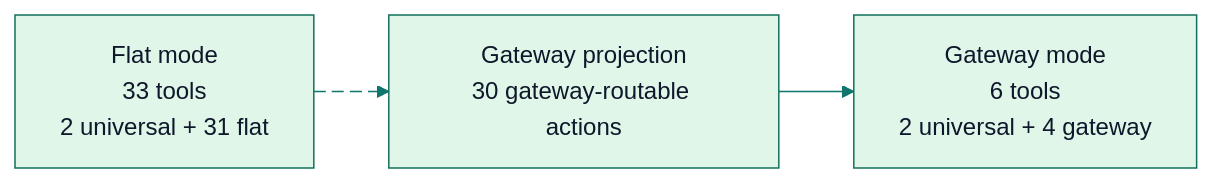
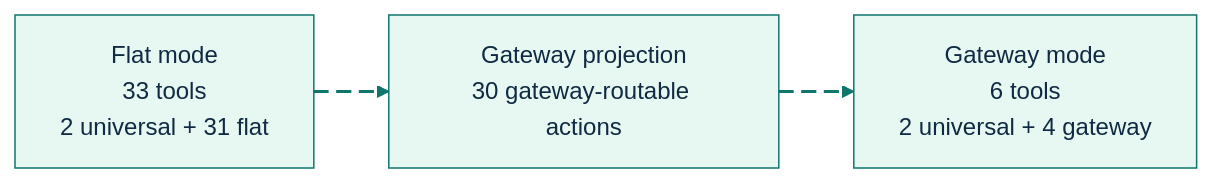
Before and after one commit to GlitterKill/sdl-mcp: the first of 2 diagrams in docs/feature-deep-dives/tool-gateway.md, drawn with Mermaid. The commit also changed other lines of this file and 33 other files, not shown here.

First line of the commit message:
docs: update mermaid diagram themes and styling across documentation

````diff
--- a/docs/feature-deep-dives/tool-gateway.md
+++ b/docs/feature-deep-dives/tool-gateway.md
@@ -7,13 +7,19 @@
 ```mermaid
-%%{init: {"theme":"base","themeVariables":{"primaryColor":"#dff6e8","primaryBorderColor":"#12715b","primaryTextColor":"#0f172a","secondaryColor":"#e0f2fe","secondaryBorderColor":"#1d4ed8","tertiaryColor":"#fff4d6","tertiaryBorderColor":"#b45309","lineColor":"#0f766e","fontFamily":"Trebuchet MS, Arial"},"flowchart":{"curve":"basis"}}}%%
+%%{init: {"theme":"base","themeVariables":{"background":"#ffffff","primaryColor":"#E7F8F2","primaryBorderColor":"#0F766E","primaryTextColor":"#102A43","secondaryColor":"#E8F1FF","secondaryBorderColor":"#2563EB","secondaryTextColor":"#102A43","tertiaryColor":"#FFF4D6","tertiaryBorderColor":"#B45309","tertiaryTextColor":"#102A43","lineColor":"#0F766E","textColor":"#102A43","fontFamily":"Inter, ui-sans-serif, system-ui, -apple-system, BlinkMacSystemFont, Segoe UI, sans-serif"},"flowchart":{"curve":"basis","htmlLabels":true}}}%%
 flowchart LR
     Flat["Flat mode<br/>33 tools<br/>2 universal + 31 flat"]
     Shrink["Gateway projection<br/>30 gateway-routable actions"]
     Gateway["Gateway mode<br/>6 tools<br/>2 universal + 4 gateway"]
 
     Flat e1@--> Shrink
-    Shrink --> Gateway
+    Shrink e2@--> Gateway
 
-    classDef animate stroke-dasharray: 8\,4,stroke-dashoffset: 240,animation: dash 18s linear infinite;
-    class e1 animate;
+    classDef source fill:#E7F8F2,stroke:#0F766E,stroke-width:2px,color:#102A43;
+    classDef process fill:#E8F1FF,stroke:#2563EB,stroke-width:2px,color:#102A43;
+    classDef decision fill:#FFF4D6,stroke:#B45309,stroke-width:2px,color:#102A43;
+    classDef storage fill:#F2E8FF,stroke:#7C3AED,stroke-width:2px,color:#102A43;
+    classDef output fill:#FFE8EF,stroke:#BE123C,stroke-width:2px,color:#102A43;
+    classDef muted fill:#F8FAFC,stroke:#64748B,stroke-width:1px,color:#102A43;
+    classDef animate stroke:#0F766E,stroke-width:2px,stroke-dasharray:10\,5,stroke-dashoffset:900,animation:dash 22s linear infinite;
+    class e1,e2 animate;
 ```
````
